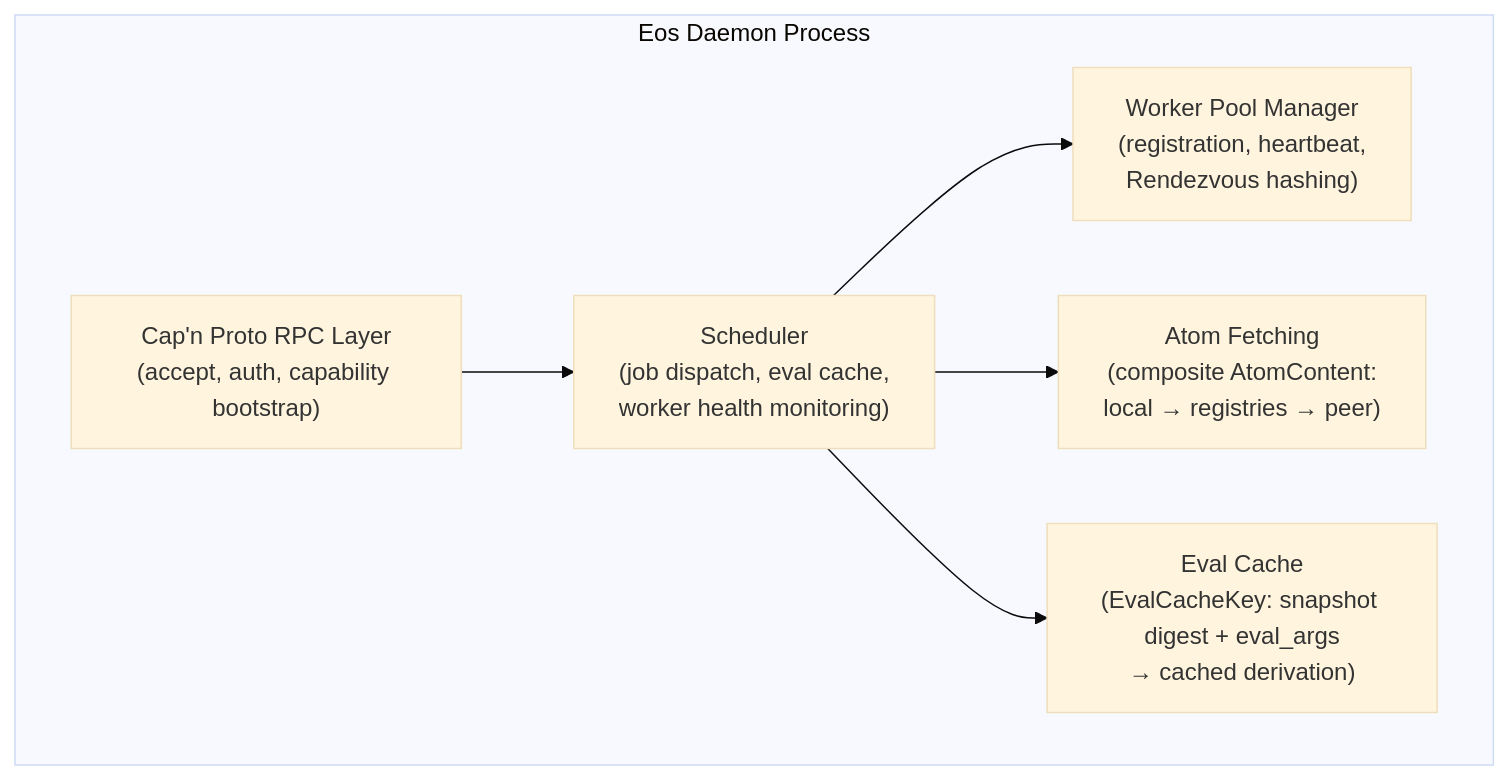
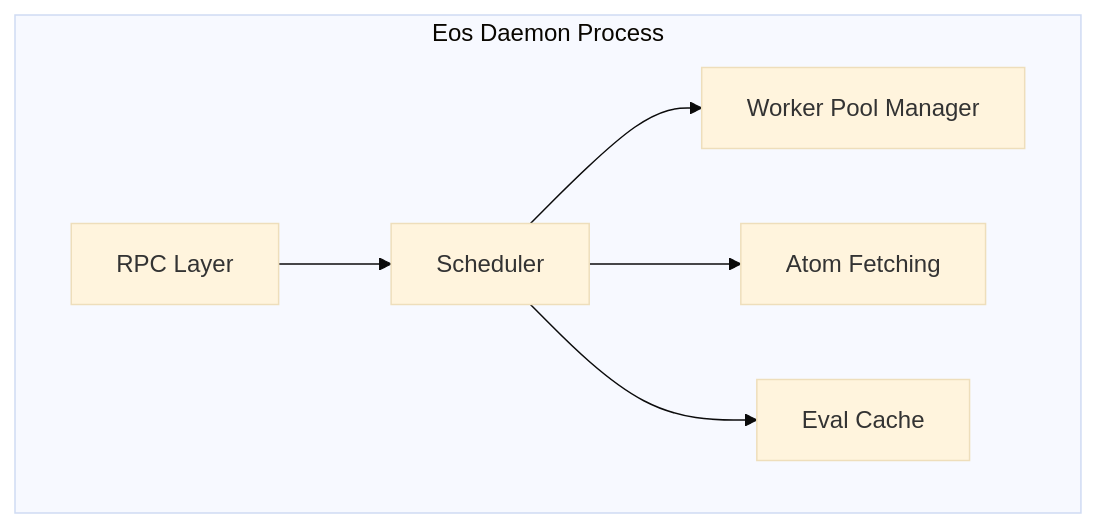
The third of 10 diagrams in docs/architecture/eos-sad.md (axiosoph/axios), drawn with Mermaid (base theme) before and after one commit. The commit also changed other lines of this file and 3 other files, not shown here.

First line of the commit message:
feat(www): add interactive mermaid viewer

````diff
--- a/docs/architecture/eos-sad.md
+++ b/docs/architecture/eos-sad.md
@@ -304,15 +286,15 @@
 ```mermaid
 graph TB
     subgraph "Eos Daemon Process"
-        RPC["Cap'n Proto RPC Layer<br/>(accept, auth, capability bootstrap)"]
-        SCHED["Scheduler<br/>(job dispatch, eval cache,<br/>worker health monitoring)"]
-        WPOOL["Worker Pool Manager<br/>(registration, heartbeat,<br/>Rendezvous hashing)"]
-        ARES["Atom Fetching<br/>(composite AtomContent:<br/>local → registries → peer)"]
-        ECACHE["Eval Cache<br/>(EvalCacheKey: snapshot digest + eval_args<br/>→ cached derivation)"]
+        RPC["RPC Layer"]
+        SCHED["Scheduler"]
+        WPOOL["Worker Pool Manager"]
+        ARES["Atom Fetching"]
+        ECACHE["Eval Cache"]
     end
 
     RPC --> SCHED
     SCHED --> WPOOL
     SCHED --> ARES
     SCHED --> ECACHE
 ```
````
